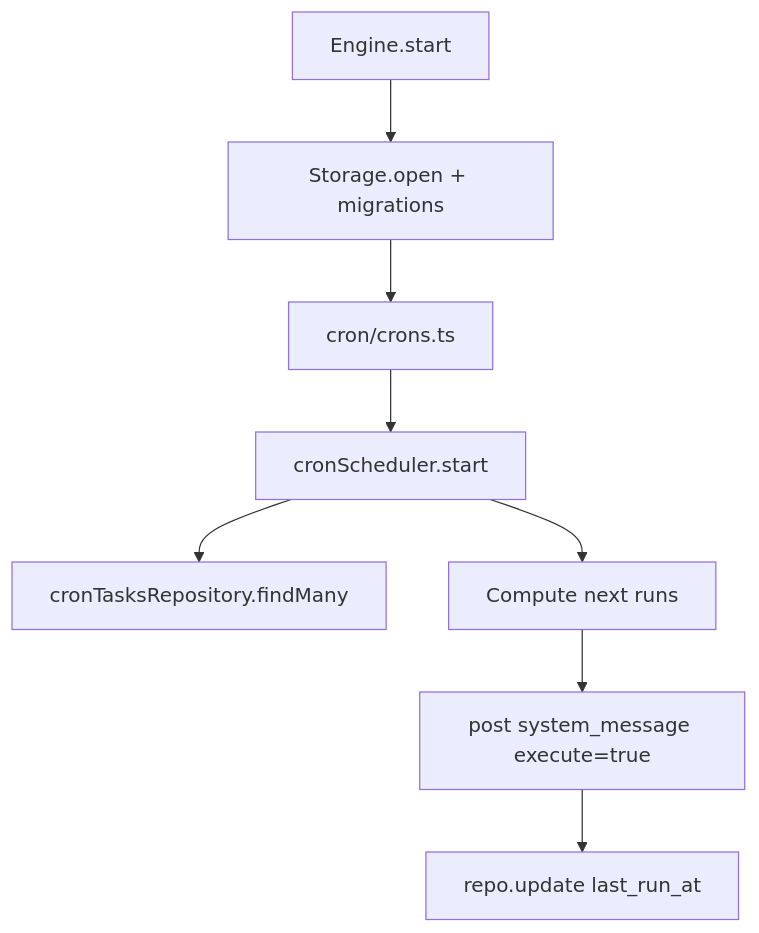
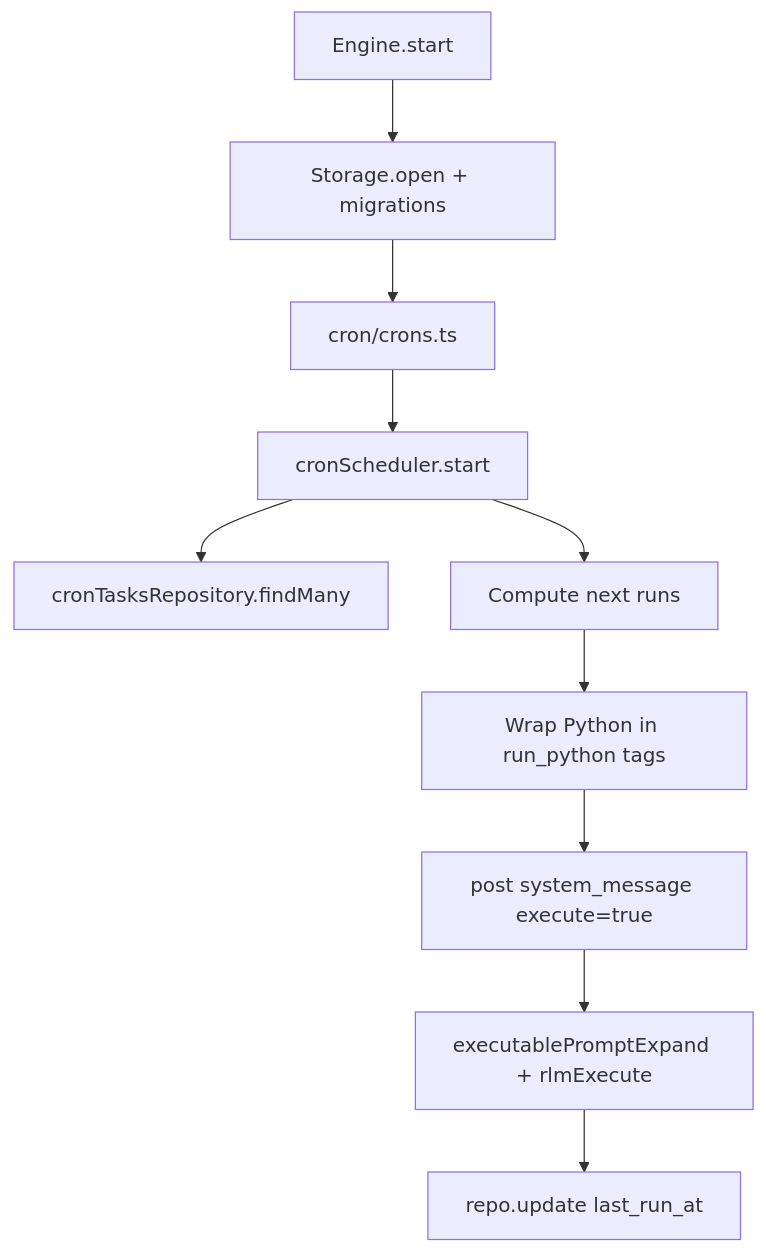
Before and after one commit to ex3ndr/daycare: the diagram in packages/daycare/sources/engine/cron/README.md, drawn with Mermaid. The commit also changed other lines of this file and 11 other files, not shown here.

````diff
--- a/packages/daycare/sources/engine/cron/README.md
+++ b/packages/daycare/sources/engine/cron/README.md
@@ -33,10 +35,12 @@
 ```mermaid
 flowchart TD
   Engine[Engine.start] --> Storage[Storage.open + migrations]
   Storage --> Crons[cron/crons.ts]
   Crons --> Scheduler[cronScheduler.start]
   Scheduler --> Repo[cronTasksRepository.findMany]
   Scheduler --> Tick[Compute next runs]
-  Tick --> AgentSystem[post system_message execute=true]
-  AgentSystem --> Record[repo.update last_run_at]
+  Tick --> Wrap[Wrap Python in run_python tags]
+  Wrap --> AgentSystem[post system_message execute=true]
+  AgentSystem --> RLM[executablePromptExpand + rlmExecute]
+  RLM --> Record[repo.update last_run_at]
 ```
````
